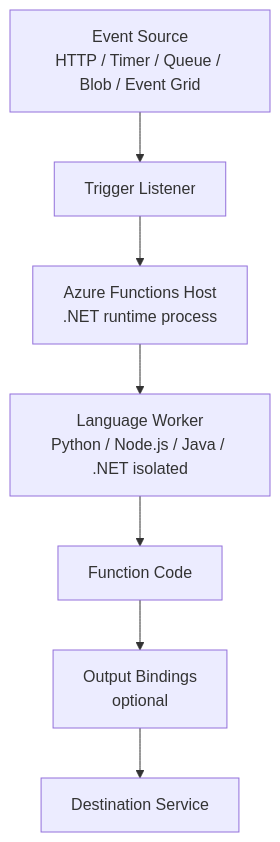
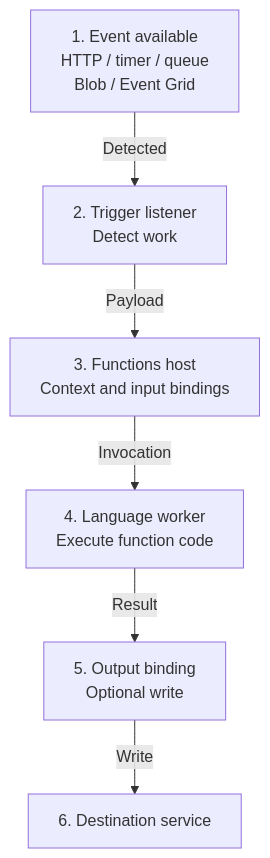
One commit to yeongseon/azure-functions-practical-guide changed the third of 8 diagrams in docs/platform/architecture/index.md. Above: the diagram before and after it, drawn with Mermaid. The commit also changed other lines of this file and 1 other file, not shown here.

First line of the commit message:
docs(diagrams): migrate Function host architecture and execution flow (#406)

````diff
--- a/docs/platform/architecture/index.md
+++ b/docs/platform/architecture/index.md
@@ -229,9 +309,16 @@
 ```mermaid
 flowchart TD
-    E["Event Source<br/>HTTP / Timer / Queue / Blob / Event Grid"] --> T["Trigger Listener"]
-    T --> H["Azure Functions Host<br/>.NET runtime process"]
-    H --> W["Language Worker<br/>Python / Node.js / Java / .NET isolated"]
-    W --> C["Function Code"]
-    C --> O["Output Bindings<br/>optional"]
-    O --> D["Destination Service"]
+    accTitle: In what order does an invocation run?
+    accDescr: Logical invocation stages, not network topology. A trigger is detected, the host coordinates bindings and worker execution, and optional output bindings write to a destination. In-process .NET executes code within the host instead.
+    E["1. Event available<br/>HTTP / timer / queue<br/>Blob / Event Grid"]
+    T["2. Trigger listener<br/>Detect work"]
+    H["3. Functions host<br/>Context and input bindings"]
+    W["4. Language worker<br/>Execute function code"]
+    O["5. Output binding<br/>Optional write"]
+    D["6. Destination service"]
+    E -->|"Detected"| T
+    T -->|"Payload"| H
+    H -->|"Invocation"| W
+    W -->|"Result"| O
+    O -->|"Write"| D
 ```
````
